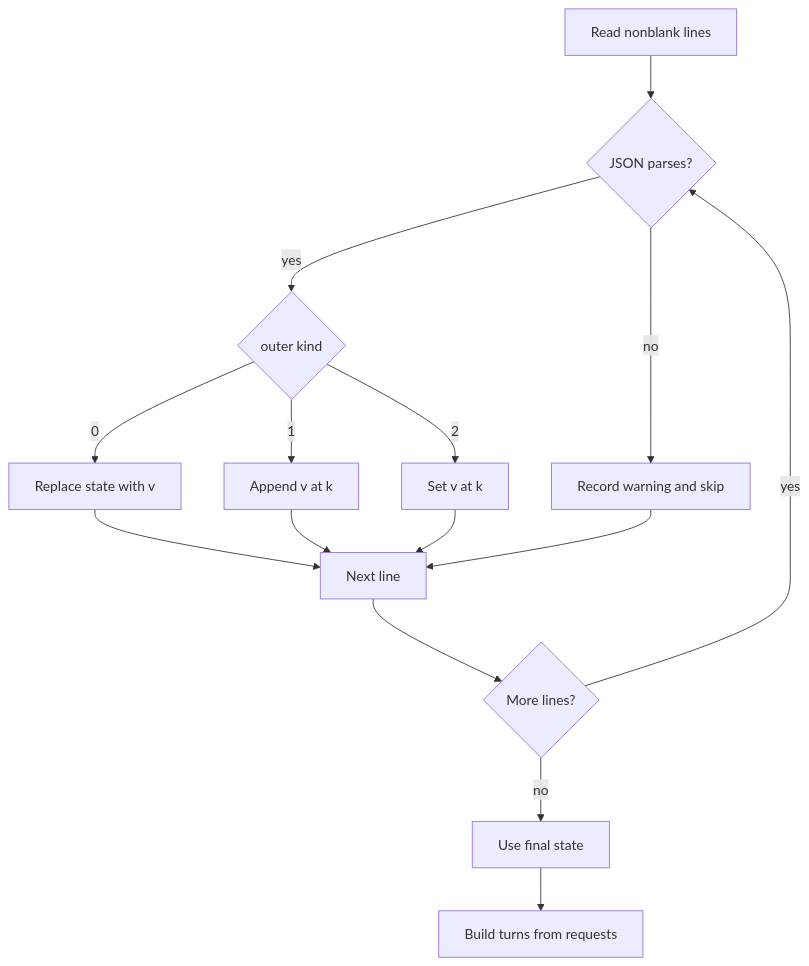
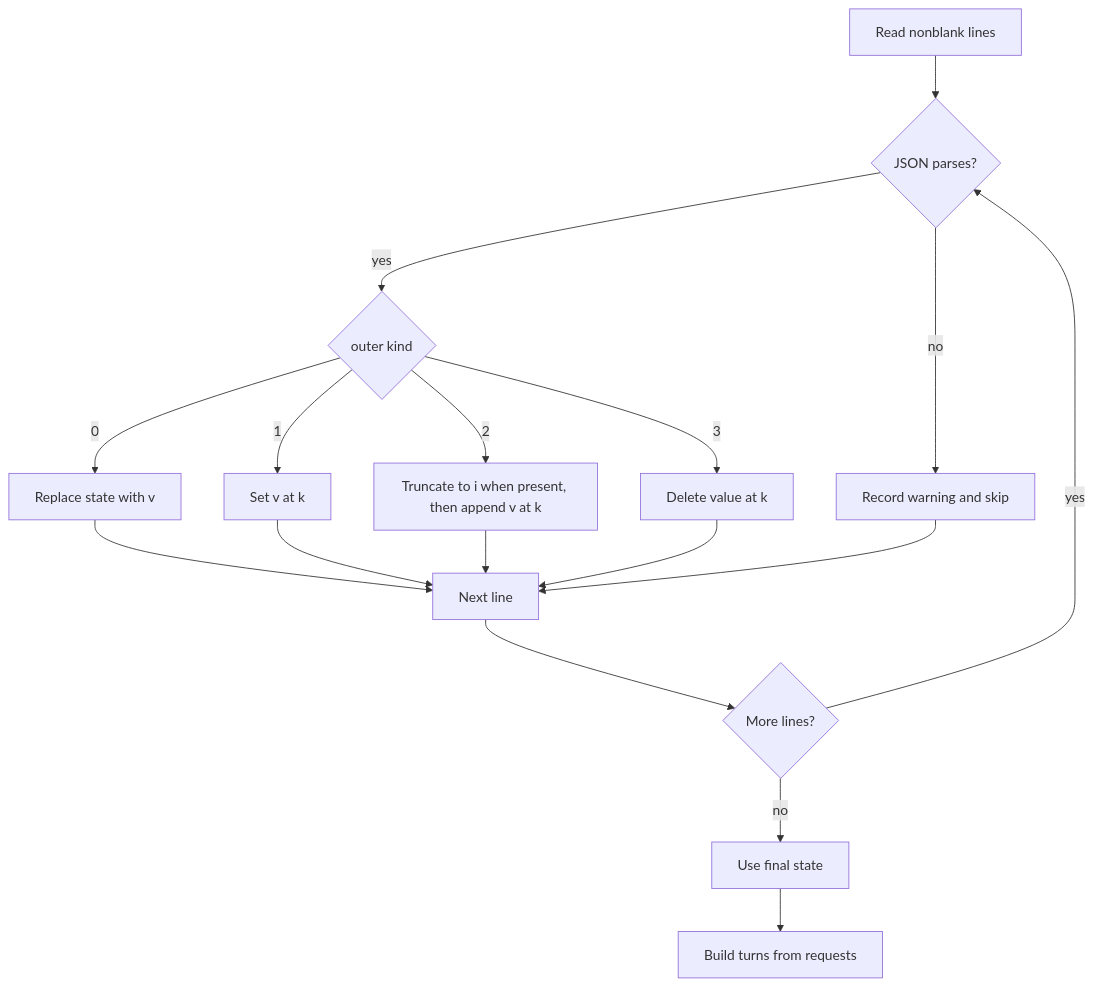
One commit to rrabb/copilot-chat-exporter changed the third of 13 diagrams in docs/CHAT-SESSION-SCHEMA.md. Above: the diagram before and after it, drawn with Mermaid. The commit also changed other lines of this file and 16 other files, not shown here.

````diff
--- a/docs/CHAT-SESSION-SCHEMA.md
+++ b/docs/CHAT-SESSION-SCHEMA.md
@@ -159,17 +164,19 @@
 ```mermaid
 flowchart TD
     A[Read nonblank lines] --> B{JSON parses?}
     B -- no --> C[Record warning and skip]
     B -- yes --> D{outer kind}
     D -- 0 --> E[Replace state with v]
-    D -- 1 --> F[Append v at k]
-    D -- 2 --> G[Set v at k]
+    D -- 1 --> F[Set v at k]
+    D -- 2 --> G[Truncate to i when present, then append v at k]
+    D -- 3 --> DEL[Delete value at k]
     E --> H[Next line]
     F --> H
     G --> H
+    DEL --> H
     C --> H
     H --> I{More lines?}
     I -- yes --> B
     I -- no --> J[Use final state]
-    J --> K[Build turns from requests]
+    J --> BUILD[Build turns from requests]
 ```
````
